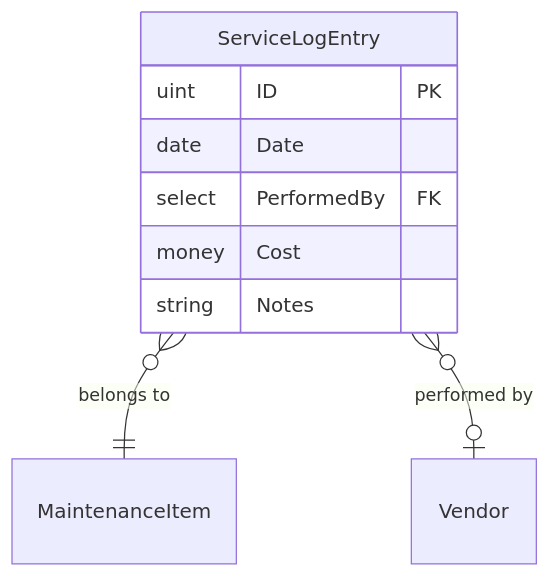
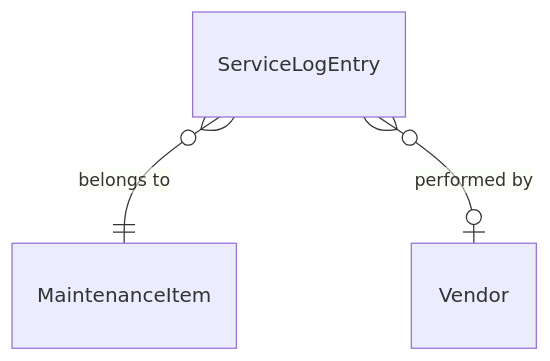
One commit to cpcloud/micasa changed the fourth of 5 diagrams in docs/content/getting-started/concepts.md. Above: the diagram before and after it, drawn with Mermaid. The commit also changed other lines of this file, not shown here.

Commit message:
docs: strip field schemas from per-entity diagrams, keep relationships only

````diff
--- a/docs/content/getting-started/concepts.md
+++ b/docs/content/getting-started/concepts.md
@@ -144,12 +84,5 @@
 ```mermaid
 erDiagram
-    ServiceLogEntry {
-        uint ID PK
-        date Date
-        select PerformedBy FK
-        money Cost
-        string Notes
-    }
     ServiceLogEntry }o--|| MaintenanceItem : "belongs to"
     ServiceLogEntry }o--o| Vendor : "performed by"
 ```
````
